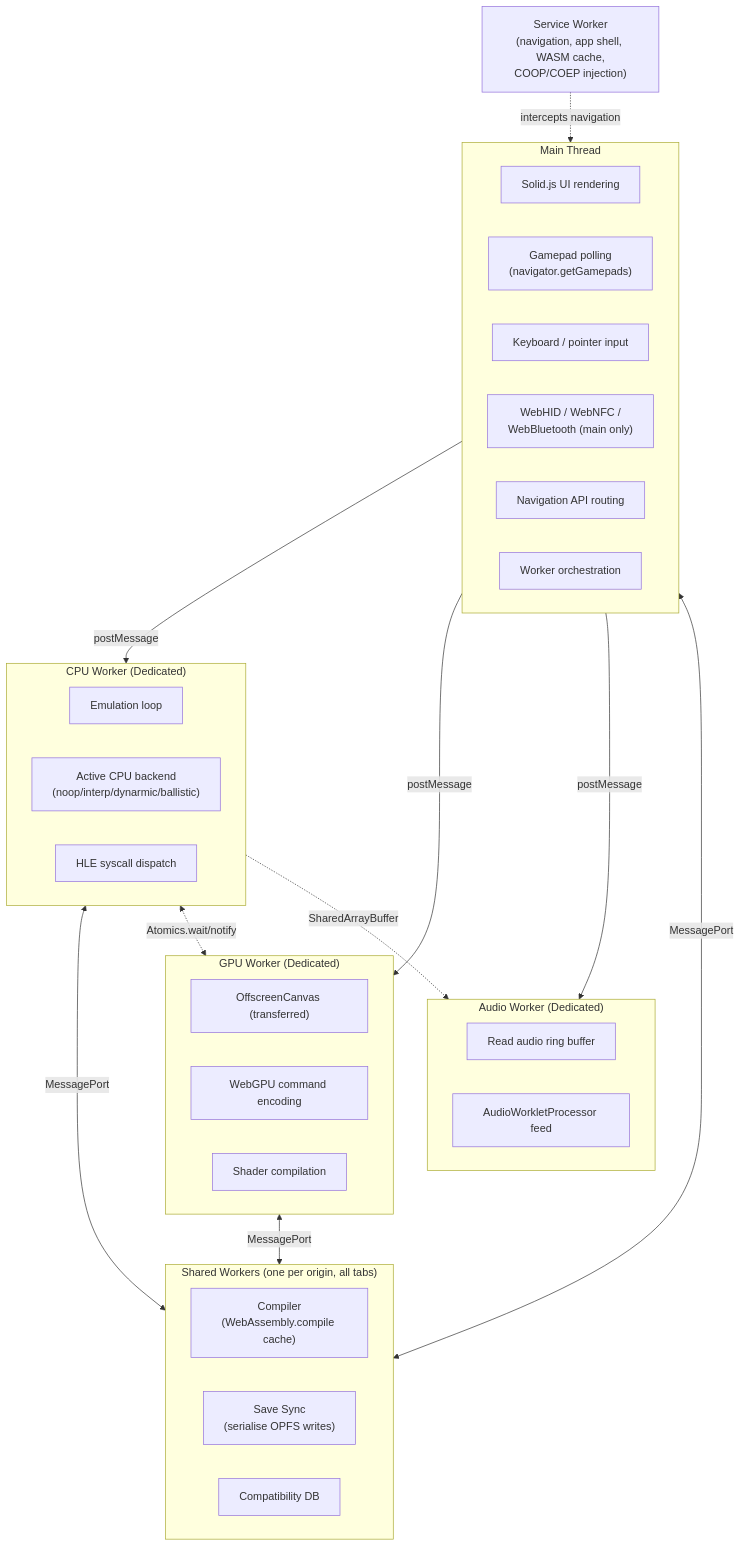
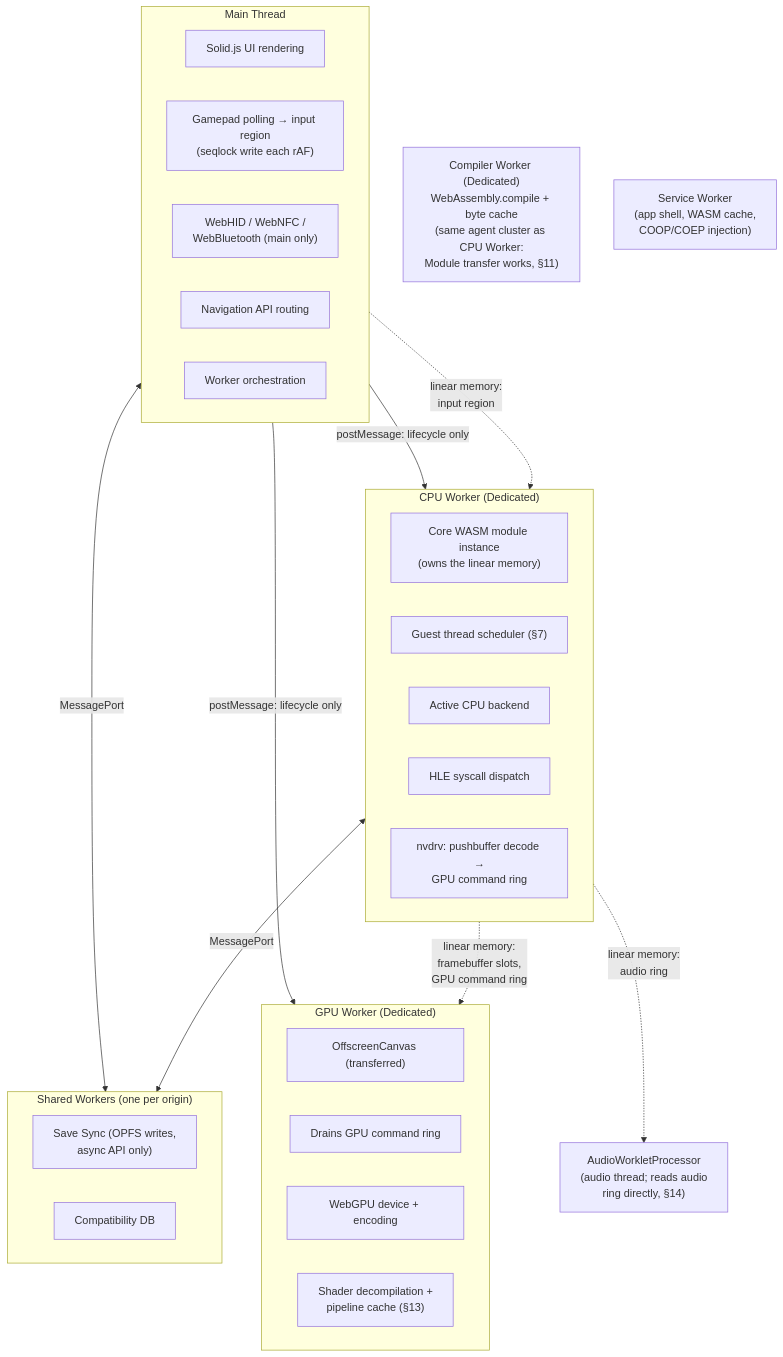
The second of 15 diagrams in docs/DESIGN.md (helloimthesigma-blip/Voland), drawn with Mermaid before and after one commit. The commit also changed other lines of this file, not shown here.

First line of the commit message:
docs: correct DESIGN.md web-platform-API claims verified against a real toolchain

````diff
--- a/docs/DESIGN.md
+++ b/docs/DESIGN.md
@@ -425,48 +570,45 @@
 ```mermaid
 flowchart TB
     subgraph Main["Main Thread"]
         UI["Solid.js UI rendering"]
-        GP["Gamepad polling<br/>(navigator.getGamepads)"]
-        IN["Keyboard / pointer input"]
+        GP["Gamepad polling → input region<br/>(seqlock write each rAF)"]
         HID["WebHID / WebNFC /<br/>WebBluetooth (main only)"]
         NAV["Navigation API routing"]
         ORCH["Worker orchestration"]
     end
 
     subgraph CPU["CPU Worker (Dedicated)"]
-        EMUL["Emulation loop"]
-        BACK["Active CPU backend<br/>(noop/interp/dynarmic/ballistic)"]
+        CORE["Core WASM module instance<br/>(owns the linear memory)"]
+        SCHED["Guest thread scheduler (§7)"]
+        BACK["Active CPU backend"]
         HLED["HLE syscall dispatch"]
+        NVD["nvdrv: pushbuffer decode →<br/>GPU command ring"]
     end
 
     subgraph GPU["GPU Worker (Dedicated)"]
         OFF["OffscreenCanvas (transferred)"]
-        WGPU["WebGPU command encoding"]
-        SHC["Shader compilation"]
+        DRAIN["Drains GPU command ring"]
+        WGPU["WebGPU device + encoding"]
+        SHC["Shader decompilation +<br/>pipeline cache (§13)"]
     end
 
-    subgraph AUDIO["Audio Worker (Dedicated)"]
-        RB["Read audio ring buffer"]
-        AWP["AudioWorkletProcessor feed"]
-    end
+    COMPW["Compiler Worker (Dedicated)<br/>WebAssembly.compile + byte cache<br/>(same agent cluster as CPU Worker:<br/>Module transfer works, §11)"]
 
-    subgraph SHARED["Shared Workers (one per origin, all tabs)"]
-        COMP["Compiler<br/>(WebAssembly.compile cache)"]
-        SAVE["Save Sync<br/>(serialise OPFS writes)"]
+    AWP["AudioWorkletProcessor<br/>(audio thread; reads audio<br/>ring directly, §14)"]
+
+    subgraph SHARED["Shared Workers (one per origin)"]
+        SAVE["Save Sync (OPFS writes,<br/>async API only)"]
         DB["Compatibility DB"]
     end
 
-    SW["Service Worker<br/>(navigation, app shell, WASM cache,<br/>COOP/COEP injection)"]
+    SW["Service Worker<br/>(app shell, WASM cache,<br/>COOP/COEP injection)"]
 
-    Main -->|postMessage| CPU
-    Main -->|postMessage| GPU
-    Main -->|postMessage| AUDIO
+    Main -->|postMessage: lifecycle only| CPU
+    Main -->|postMessage: lifecycle only| GPU
     Main <-->|MessagePort| SHARED
     CPU <-->|MessagePort| SHARED
-    GPU <-->|MessagePort| SHARED
 
-    CPU <-.->|Atomics.wait/notify| GPU
-    CPU -.->|SharedArrayBuffer| AUDIO
-
-    SW -.->|intercepts navigation| Main
+    Main -.->|"linear memory:<br/>input region"| CPU
+    CPU -.->|"linear memory:<br/>framebuffer slots,<br/>GPU command ring"| GPU
+    CPU -.->|"linear memory:<br/>audio ring"| AWP
 ```
````
